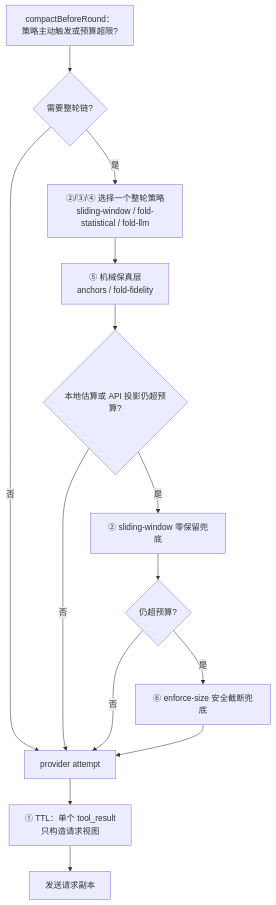
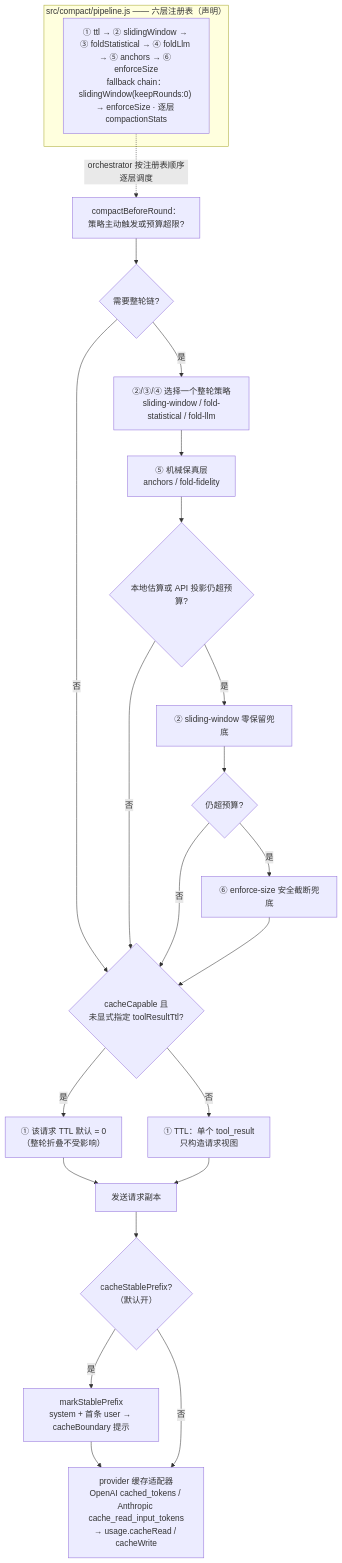
The fourth of 5 diagrams in docs/charts_cn.md (ErixWong/erix-agent), drawn with Mermaid before and after one commit. The commit also changed other lines of this file and 3 other files, not shown here.

Commit message:
docs: charts 五图与实际架构对齐 (#57)

````diff
--- a/docs/charts_cn.md
+++ b/docs/charts_cn.md
@@ -245,16 +263,26 @@
 ```mermaid
 flowchart TD
+    subgraph reg["src/compact/pipeline.js —— 六层注册表（声明）"]
+        REG["① ttl → ② slidingWindow → ③ foldStatistical → ④ foldLlm → ⑤ anchors → ⑥ enforceSize<br/>fallback chain：slidingWindow(keepRounds:0) → enforceSize · 逐层 compactionStats"]
+    end
+    REG -. "orchestrator 按注册表顺序逐层调度" .-> A
     A["compactBeforeRound：<br/>策略主动触发或预算超限?"] --> B{"需要整轮链?"}
-    B -- 否 --> E["provider attempt"]
+    B -- 否 --> CC{"cacheCapable 且<br/>未显式指定 toolResultTtl?"}
     B -- 是 --> C["②/③/④ 选择一个整轮策略<br/>sliding-window / fold-statistical / fold-llm"]
     C --> D["⑤ 机械保真层<br/>anchors / fold-fidelity"]
     D --> F{"本地估算或 API 投影仍超预算?"}
-    F -- 否 --> E
+    F -- 否 --> CC
     F -- 是 --> G["② sliding-window 零保留兜底"]
     G --> H{"仍超预算?"}
-    H -- 否 --> E
+    H -- 否 --> CC
     H -- 是 --> I["⑥ enforce-size 安全截断兜底"]
-    I --> E
-    E --> J["① TTL：单个 tool_result<br/>只构造请求视图"]
-    J --> Z["发送请求副本"]
+    I --> CC
+    CC -- 是 --> T0["① 该请求 TTL 默认 = 0<br/>（整轮折叠不受影响）"]
+    CC -- 否 --> J["① TTL：单个 tool_result<br/>只构造请求视图"]
+    T0 --> Z["发送请求副本"]
+    J --> Z
+    Z --> SP{"cacheStablePrefix?<br/>（默认开）"}
+    SP -- 是 --> SPM["markStablePrefix<br/>system + 首条 user → cacheBoundary 提示"]
+    SPM --> ADAPT["provider 缓存适配器<br/>OpenAI cached_tokens / Anthropic cache_read_input_tokens<br/>→ usage.cacheRead / cacheWrite"]
+    SP -- 否 --> ADAPT
 ```
````
